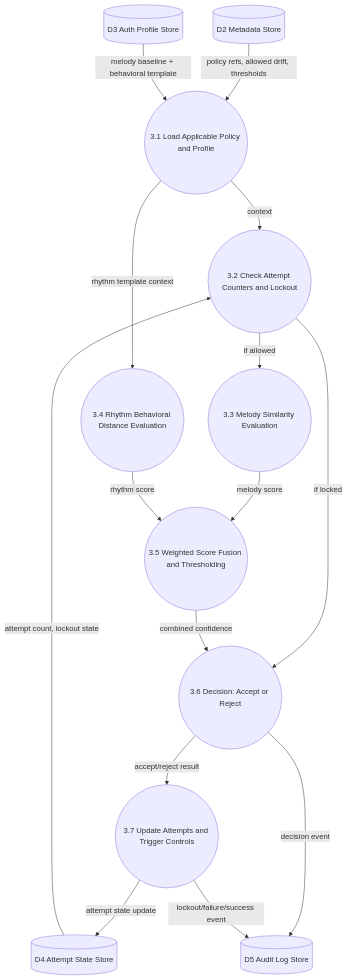
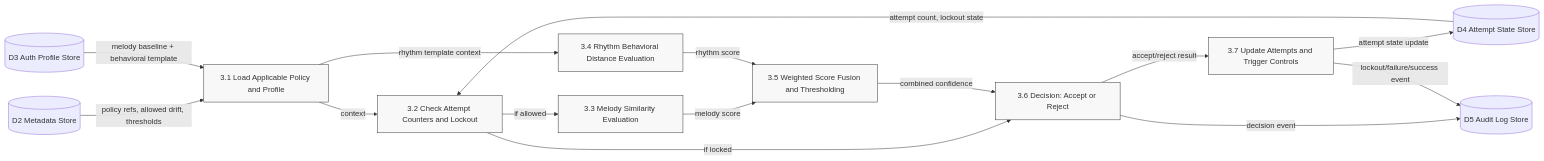
The seventh of 8 diagrams in diagram.md (Aditya-KumarJha/MelodicVault), drawn with Mermaid before and after one commit. The commit also changed other lines of this file, not shown here.

Commit message:
Made squared instead of rectangle

````diff
--- a/diagram.md
+++ b/diagram.md
@@ -332,35 +339,38 @@
 ```mermaid
-flowchart TB
+flowchart LR
 
-P31((3.1 Load Applicable Policy and Profile))
-P32((3.2 Check Attempt Counters and Lockout))
-P33((3.3 Melody Similarity Evaluation))
-P34((3.4 Rhythm Behavioral Distance Evaluation))
-P35((3.5 Weighted Score Fusion and Thresholding))
-P36((3.6 Decision: Accept or Reject))
-P37((3.7 Update Attempts and Trigger Controls))
+P31[3.1 Load Applicable Policy and Profile]
+P32[3.2 Check Attempt Counters and Lockout]
+P33[3.3 Melody Similarity Evaluation]
+P34[3.4 Rhythm Behavioral Distance Evaluation]
+P35[3.5 Weighted Score Fusion and Thresholding]
+P36[3.6 Decision: Accept or Reject]
+P37[3.7 Update Attempts and Trigger Controls]
 
 D2[(D2 Metadata Store)]
 D3[(D3 Auth Profile Store)]
 D4[(D4 Attempt State Store)]
 D5[(D5 Audit Log Store)]
 
 D2 -->|policy refs, allowed drift, thresholds| P31
 D3 -->|melody baseline + behavioral template| P31
 P31 -->|context| P32
 D4 -->|attempt count, lockout state| P32
 
 P32 -->|if allowed| P33
 P32 -->|if locked| P36
 
 P33 -->|melody score| P35
 P34 -->|rhythm score| P35
 P31 -->|rhythm template context| P34
 
 P35 -->|combined confidence| P36
 P36 -->|accept/reject result| P37
 
 P37 -->|attempt state update| D4
 P36 -->|decision event| D5
 P37 -->|lockout/failure/success event| D5
+
+classDef squared fill:#f8f8f8,stroke:#333,stroke-width:1,rx:0,ry:0;
+class P31,P32,P33,P34,P35,P36,P37 squared
 ```
````
